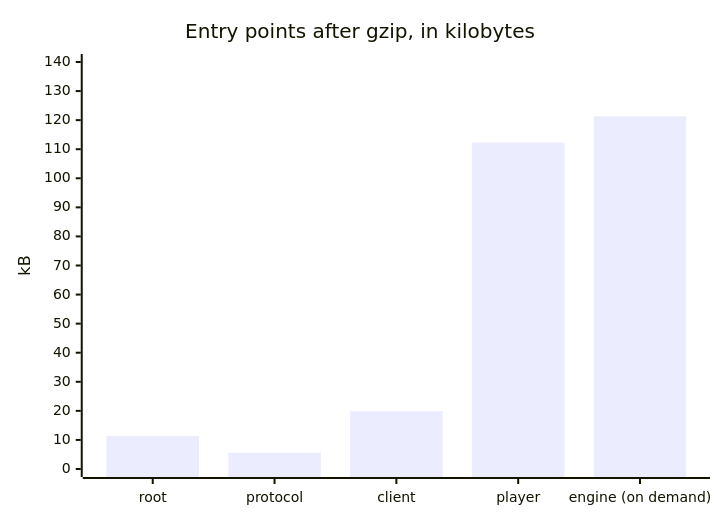
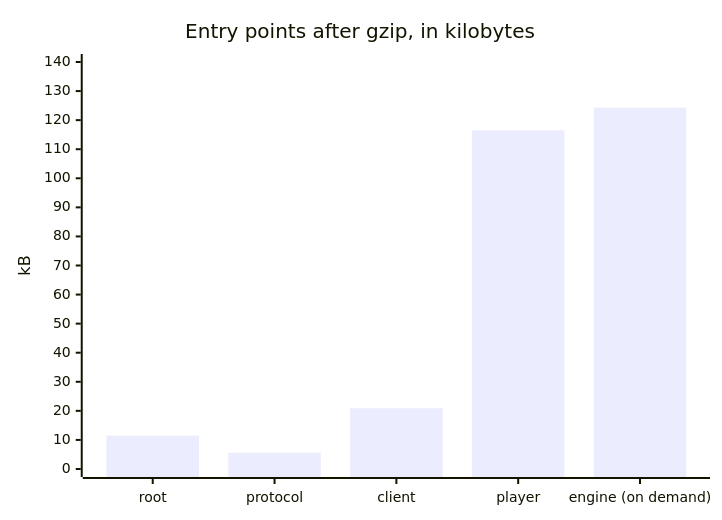
The diagram in docs/player/size.md (assesskit/assesskit), drawn with Mermaid before and after one commit. The commit also changed other lines of this file and 20 other files, not shown here.

````diff
--- a/docs/player/size.md
+++ b/docs/player/size.md
@@ -7,7 +7,7 @@
 ```mermaid
 xychart-beta
   title "Entry points after gzip, in kilobytes"
   x-axis ["root", "protocol", "client", "player", "engine (on demand)"]
   y-axis "kB" 0 --> 140
-  bar [11.4, 5.6, 19.9, 112.3, 121.3]
+  bar [11.5, 5.6, 20.9, 116.5, 124.3]
 ```
````
